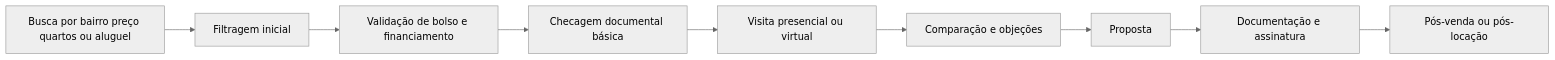
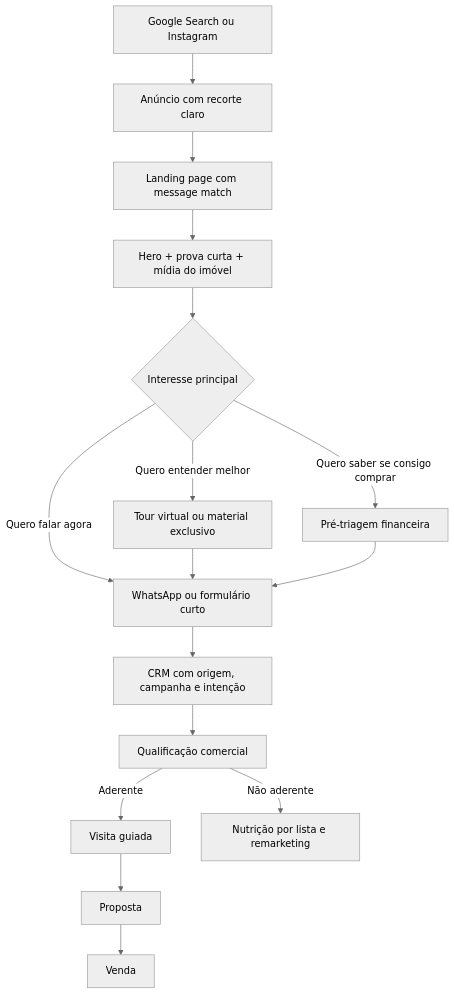
Before and after one commit to AlcinoAfonso/LP-Factory-10: the first of 2 diagrams in docs/blueprint-corretor-imoveis-end-customer.md, drawn with Mermaid (neutral theme). The commit also changed other lines of this file, not shown here.

````diff
--- a/docs/blueprint-corretor-imoveis-end-customer.md
+++ b/docs/blueprint-corretor-imoveis-end-customer.md
@@ -53,11 +223,18 @@
 ```mermaid
-flowchart LR
-A[Busca por bairro preço quartos ou aluguel] --> B[Filtragem inicial]
-B --> C[Validação de bolso e financiamento]
-C --> D[Checagem documental básica]
-D --> E[Visita presencial ou virtual]
-E --> F[Comparação e objeções]
-F --> G[Proposta]
-G --> H[Documentação e assinatura]
-H --> I[Pós-venda ou pós-locação]
+flowchart TD
+    A[Google Search ou Instagram] --> B[Anúncio com recorte claro]
+    B --> C[Landing page com message match]
+    C --> D[Hero + prova curta + mídia do imóvel]
+    D --> E{Interesse principal}
+    E -->|Quero entender melhor| F[Tour virtual ou material exclusivo]
+    E -->|Quero falar agora| G[WhatsApp ou formulário curto]
+    E -->|Quero saber se consigo comprar| H[Pré-triagem financeira]
+    F --> G
+    H --> G
+    G --> I[CRM com origem, campanha e intenção]
+    I --> J[Qualificação comercial]
+    J -->|Aderente| K[Visita guiada]
+    J -->|Não aderente| L[Nutrição por lista e remarketing]
+    K --> M[Proposta]
+    M --> N[Venda]
 ```
````
